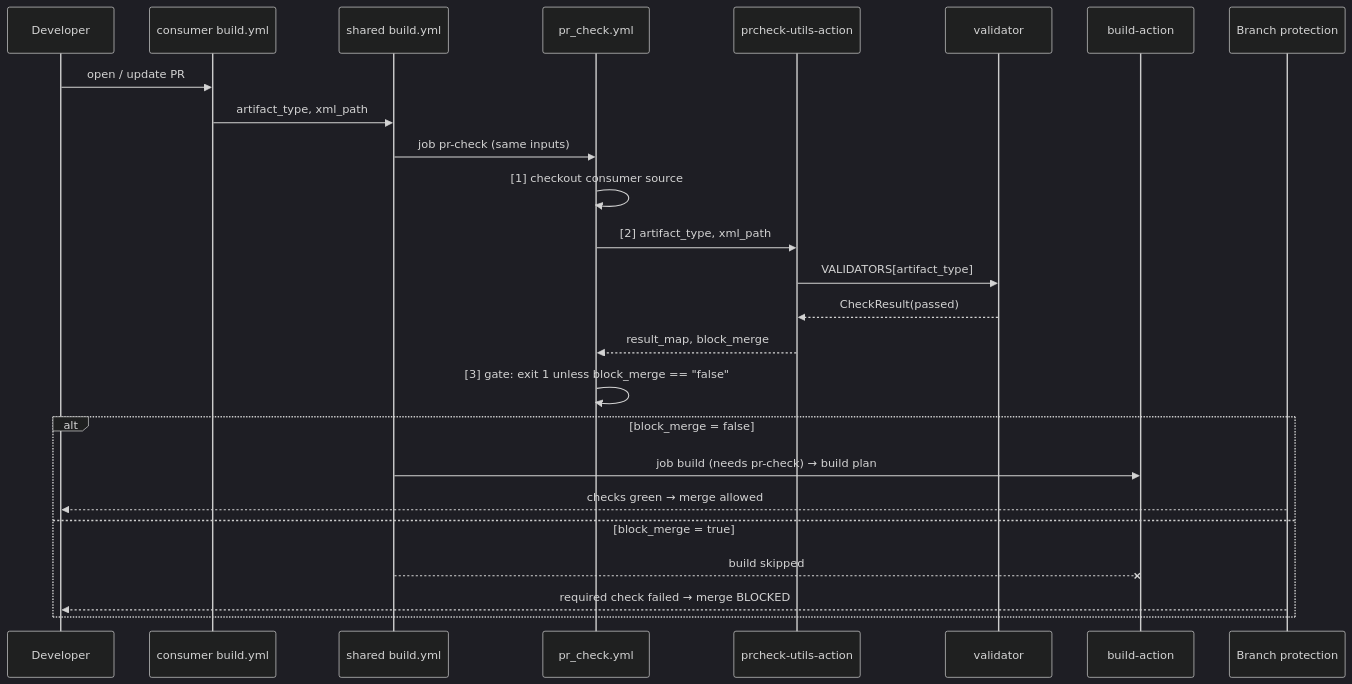
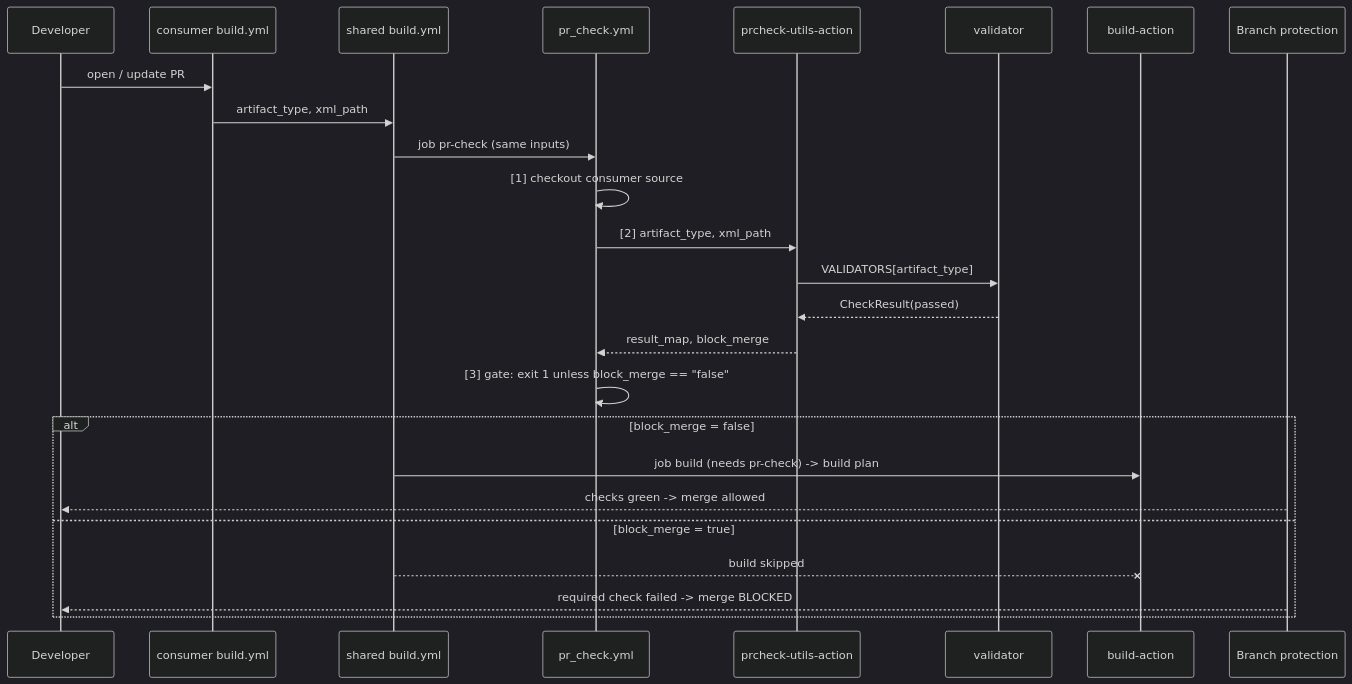
Before and after one commit to Mahesh2511/devsecops-shared-github-actions: the diagram in docs/end-to-end-guide.md, drawn with Mermaid (dark theme). The commit also changed other lines of this file and 6 other files, not shown here.

````diff
--- a/docs/end-to-end-guide.md
+++ b/docs/end-to-end-guide.md
@@ -172,27 +176,27 @@
 ```mermaid
 sequenceDiagram
   participant Dev as Developer
   participant C as consumer build.yml
   participant B as shared build.yml
   participant P as pr_check.yml
   participant A as prcheck-utils-action
   participant V as validator
   participant BA as build-action
   participant GH as Branch protection
   Dev->>C: open / update PR
   C->>B: artifact_type, xml_path
   B->>P: job pr-check (same inputs)
   P->>P: [1] checkout consumer source
   P->>A: [2] artifact_type, xml_path
   A->>V: VALIDATORS[artifact_type]
   V-->>A: CheckResult(passed)
   A-->>P: result_map, block_merge
   P->>P: [3] gate: exit 1 unless block_merge == "false"
   alt block_merge = false
-    B->>BA: job build (needs pr-check) → build plan
-    GH-->>Dev: checks green → merge allowed
+    B->>BA: job build (needs pr-check) -> build plan
+    GH-->>Dev: checks green -> merge allowed
   else block_merge = true
     B--xBA: build skipped
-    GH-->>Dev: required check failed → merge BLOCKED
+    GH-->>Dev: required check failed -> merge BLOCKED
   end
 ```
````
